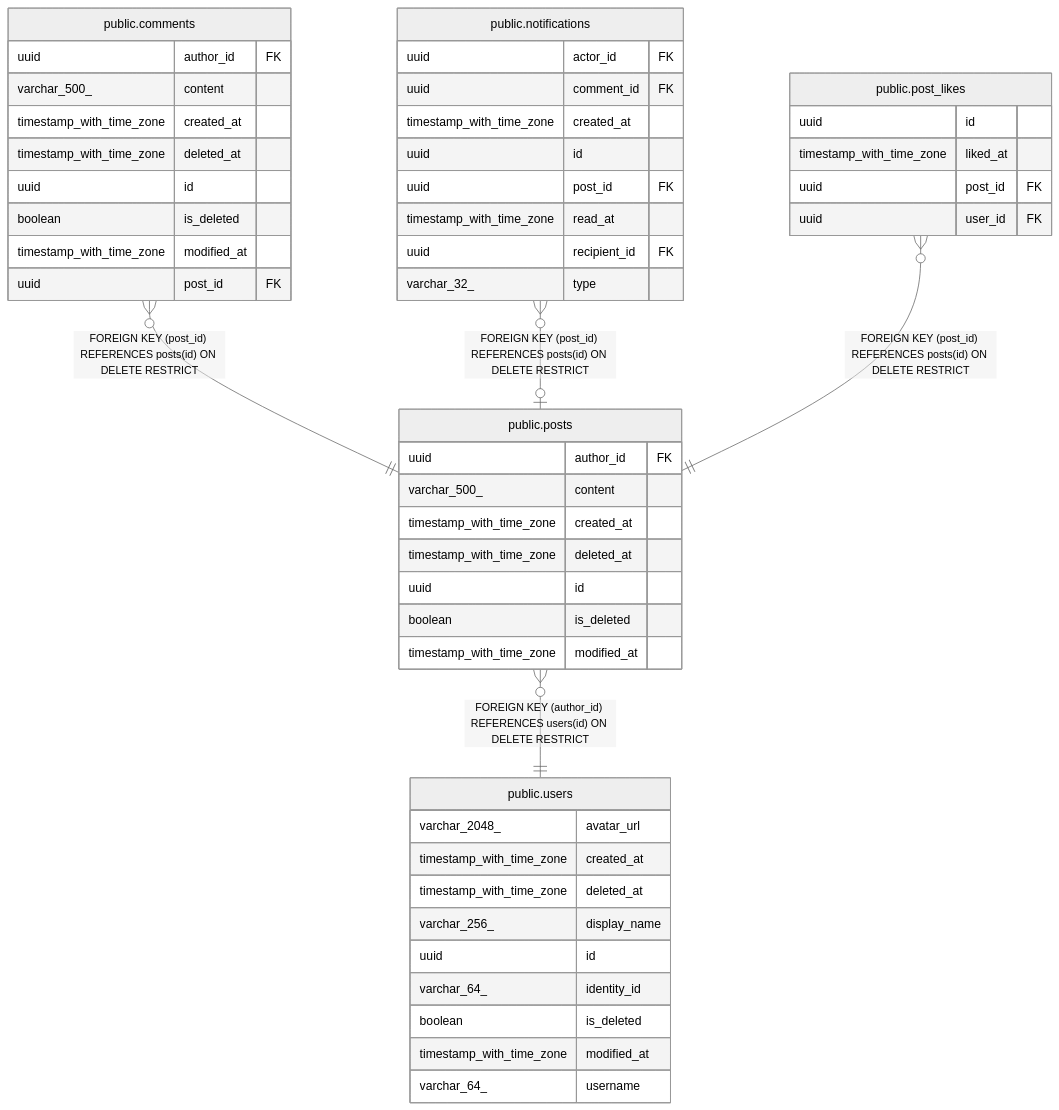
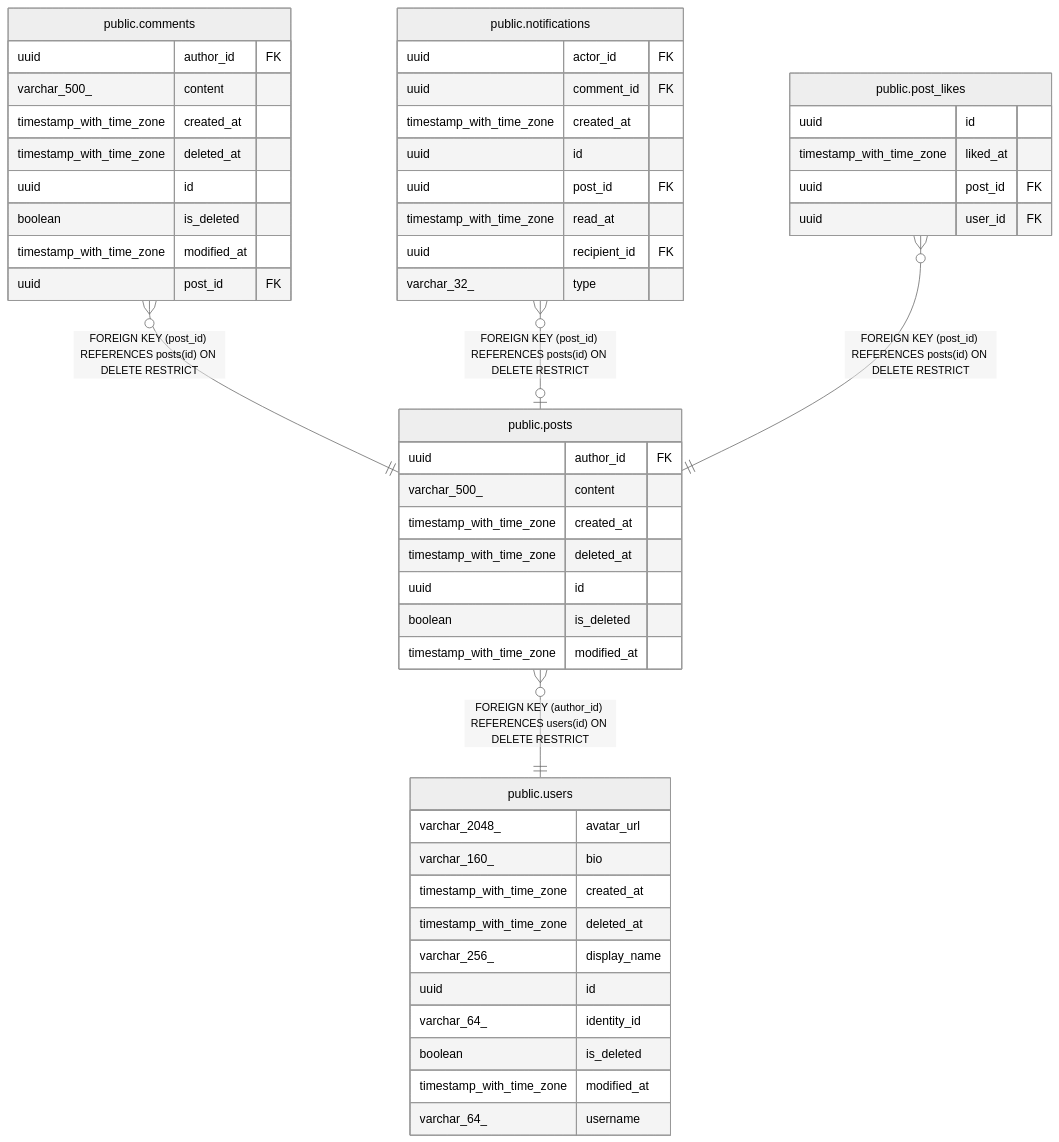
One commit to trduc2712/choco-api changed the diagram in docs/database/public.posts.md. Above: the diagram before and after it, drawn with Mermaid (neutral theme). The commit also changed 8 other files, not shown here.

````diff
--- a/docs/database/public.posts.md
+++ b/docs/database/public.posts.md
@@ -41,55 +41,56 @@
 ```mermaid
 erDiagram
 
 "public.posts" }o--|| "public.users" : "FOREIGN KEY (author_id) REFERENCES users(id) ON DELETE RESTRICT"
 "public.comments" }o--|| "public.posts" : "FOREIGN KEY (post_id) REFERENCES posts(id) ON DELETE RESTRICT"
 "public.notifications" }o--o| "public.posts" : "FOREIGN KEY (post_id) REFERENCES posts(id) ON DELETE RESTRICT"
 "public.post_likes" }o--|| "public.posts" : "FOREIGN KEY (post_id) REFERENCES posts(id) ON DELETE RESTRICT"
 
 "public.posts" {
   uuid author_id FK
   varchar_500_ content
   timestamp_with_time_zone created_at
   timestamp_with_time_zone deleted_at
   uuid id
   boolean is_deleted
   timestamp_with_time_zone modified_at
 }
 "public.users" {
   varchar_2048_ avatar_url
+  varchar_160_ bio
   timestamp_with_time_zone created_at
   timestamp_with_time_zone deleted_at
   varchar_256_ display_name
   uuid id
   varchar_64_ identity_id
   boolean is_deleted
   timestamp_with_time_zone modified_at
   varchar_64_ username
 }
 "public.comments" {
   uuid author_id FK
   varchar_500_ content
   timestamp_with_time_zone created_at
   timestamp_with_time_zone deleted_at
   uuid id
   boolean is_deleted
   timestamp_with_time_zone modified_at
   uuid post_id FK
 }
 "public.notifications" {
   uuid actor_id FK
   uuid comment_id FK
   timestamp_with_time_zone created_at
   uuid id
   uuid post_id FK
   timestamp_with_time_zone read_at
   uuid recipient_id FK
   varchar_32_ type
 }
 "public.post_likes" {
   uuid id
   timestamp_with_time_zone liked_at
   uuid post_id FK
   uuid user_id FK
 }
 ```
````
